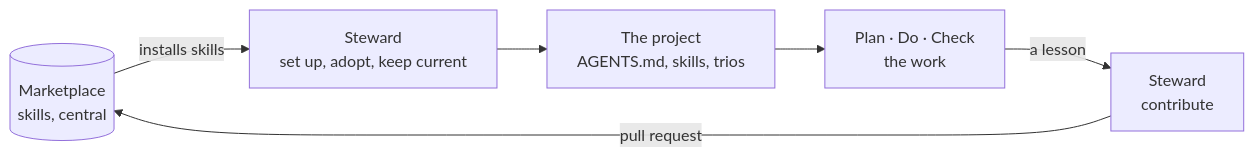
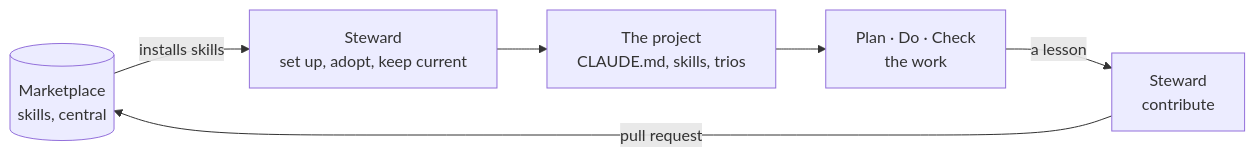
One commit to colla69/personal-claude-plugin-marketplace changed the diagram in docs/explanation/the-idea.md. Above: the diagram before and after it, drawn with Mermaid. The commit also changed other lines of this file and 32 other files, not shown here.

First line of the commit message:
Write CLAUDE.md, not AGENTS.md, now the setup is Claude only

````diff
--- a/docs/explanation/the-idea.md
+++ b/docs/explanation/the-idea.md
@@ -57,10 +57,10 @@
 ```mermaid
 flowchart LR
     M[("Marketplace<br/>skills, central")]
     S1["Steward<br/>set up, adopt, keep current"]
-    P["The project<br/>AGENTS.md, skills, trios"]
+    P["The project<br/>CLAUDE.md, skills, trios"]
     T["Plan · Do · Check<br/>the work"]
     S2["Steward<br/>contribute"]
     M -->|installs skills| S1 --> P --> T
     T -->|a lesson| S2 -->|pull request| M
 ```
````
